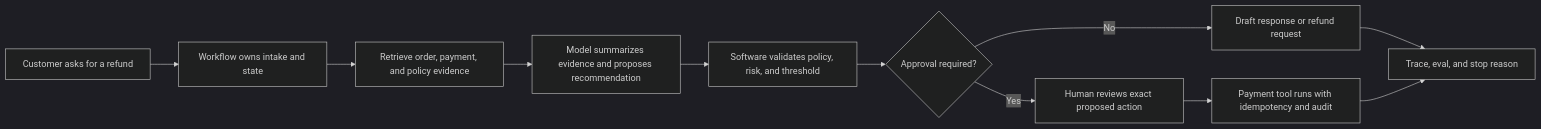
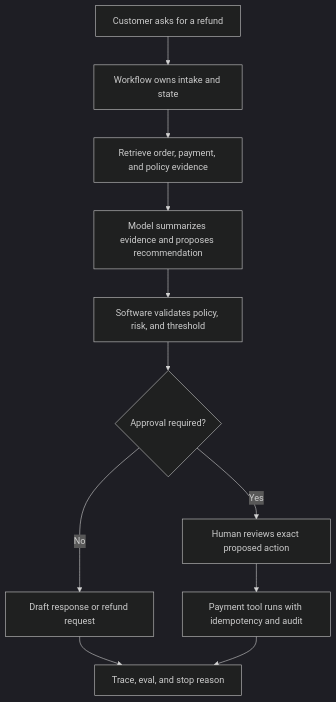
Before and after one commit to GTuritto/Agentic-Systems-Patterns: the second of 2 diagrams in book/docs/intro.md, drawn with Mermaid (dark theme). The commit also changed 2 other files, not shown here.

Commit message:
fix(book): improve intro refund diagram readability

````diff
--- a/book/docs/intro.md
+++ b/book/docs/intro.md
@@ -38,13 +38,13 @@
 ```mermaid
-flowchart LR
+flowchart TD
     Request["Customer asks for a refund"] --> Intake["Workflow owns intake and state"]
     Intake --> Evidence["Retrieve order, payment, and policy evidence"]
     Evidence --> Judgment["Model summarizes evidence and proposes recommendation"]
     Judgment --> Policy["Software validates policy, risk, and threshold"]
     Policy --> Approval{"Approval required?"}
     Approval -->|Yes| Human["Human reviews exact proposed action"]
+    Human --> Action["Payment tool runs with idempotency and audit"]
     Approval -->|No| Draft["Draft response or refund request"]
-    Human --> Action["Payment tool runs with idempotency and audit"]
     Draft --> Trace["Trace, eval, and stop reason"]
     Action --> Trace
 ```
````
